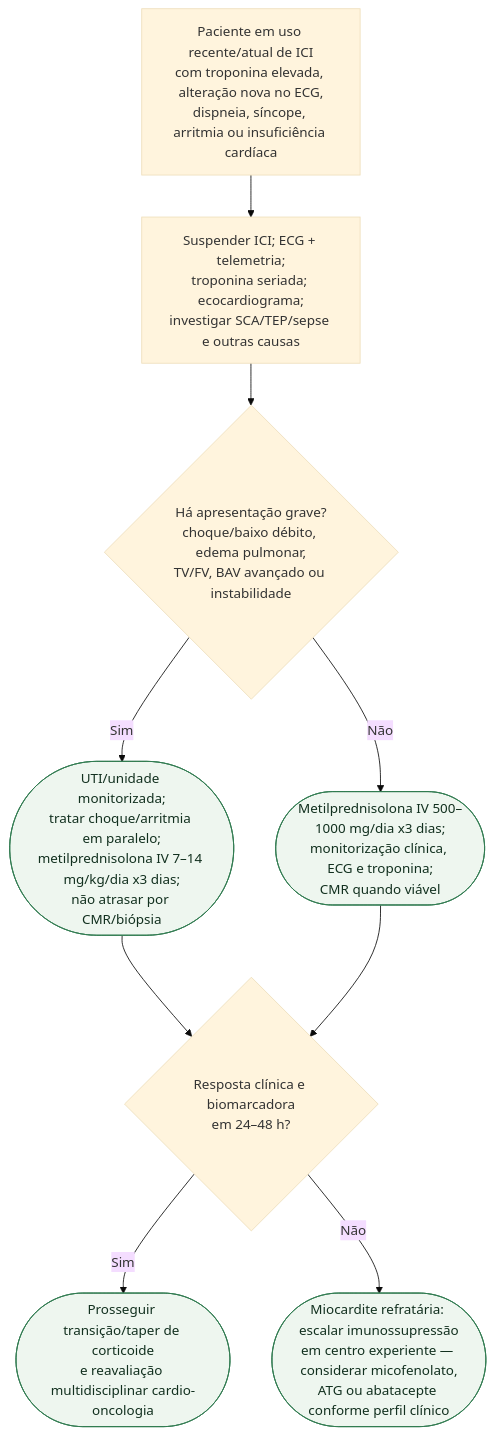
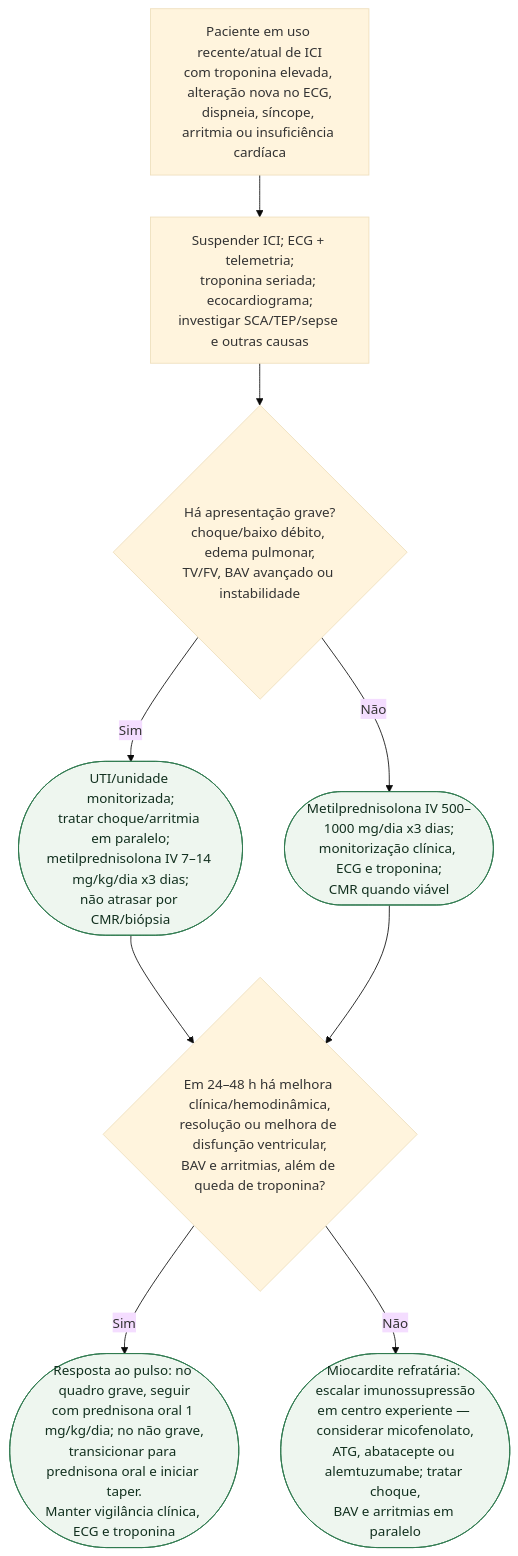
Before and after one commit to rafaelpaesmeirelles/MeuCardio: the diagram in content/Cardio-oncologia/fluxograma-miocardite-por-inibidor-de-checkpoint-imune-emergencia-esc-2025.md, drawn with Mermaid (base theme). The commit also changed other lines of this file and 30 other files, not shown here.

````diff
--- a/content/Cardio-oncologia/fluxograma-miocardite-por-inibidor-de-checkpoint-imune-emergencia-esc-2025.md
+++ b/content/Cardio-oncologia/fluxograma-miocardite-por-inibidor-de-checkpoint-imune-emergencia-esc-2025.md
@@ -13,23 +14,23 @@
 ```mermaid
 flowchart TD
   R0["Paciente em uso recente/atual de ICI<br/>com troponina elevada, alteração nova no ECG,<br/>dispneia, síncope, arritmia ou insuficiência cardíaca"]
   P1["Suspender ICI; ECG + telemetria;<br/>troponina seriada; ecocardiograma;<br/>investigar SCA/TEP/sepse e outras causas"]
   D1{"Há apresentação grave?<br/>choque/baixo débito, edema pulmonar,<br/>TV/FV, BAV avançado ou instabilidade"}
   C1(["UTI/unidade monitorizada;<br/>tratar choque/arritmia em paralelo;<br/>metilprednisolona IV 7–14 mg/kg/dia x3 dias;<br/>não atrasar por CMR/biópsia"])
   C2(["Metilprednisolona IV 500–1000 mg/dia x3 dias;<br/>monitorização clínica, ECG e troponina;<br/>CMR quando viável"])
-  D2{"Resposta clínica e biomarcadora<br/>em 24–48 h?"}
-  C3(["Prosseguir transição/taper de corticoide<br/>e reavaliação multidisciplinar cardio-oncologia"])
-  C4(["Miocardite refratária: escalar imunossupressão<br/>em centro experiente — considerar micofenolato,<br/>ATG ou abatacepte conforme perfil clínico"])
+  D2{"Em 24–48 h há melhora clínica/hemodinâmica,<br/>resolução ou melhora de disfunção ventricular,<br/>BAV e arritmias, além de queda de troponina?"}
+  C3(["Resposta ao pulso: no quadro grave, seguir<br/>com prednisona oral 1 mg/kg/dia; no não grave,<br/>transicionar para prednisona oral e iniciar taper.<br/>Manter vigilância clínica, ECG e troponina"])
+  C4(["Miocardite refratária: escalar imunossupressão<br/>em centro experiente — considerar micofenolato,<br/>ATG, abatacepte ou alemtuzumabe; tratar choque,<br/>BAV e arritmias em paralelo"])
 
   R0 --> P1
   P1 --> D1
   D1 -->|"Sim"| C1
   D1 -->|"Não"| C2
   C1 --> D2
   C2 --> D2
   D2 -->|"Sim"| C3
   D2 -->|"Não"| C4
 
   classDef conduta fill:#eef6ef,stroke:#2f7a4f,color:#12301f;
   class C1,C2,C3,C4 conduta;
 ```
````
